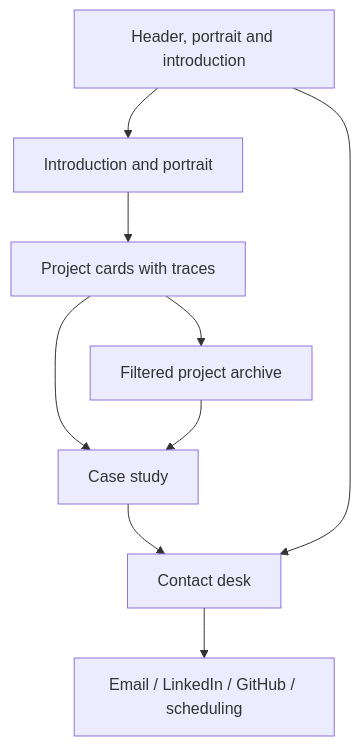
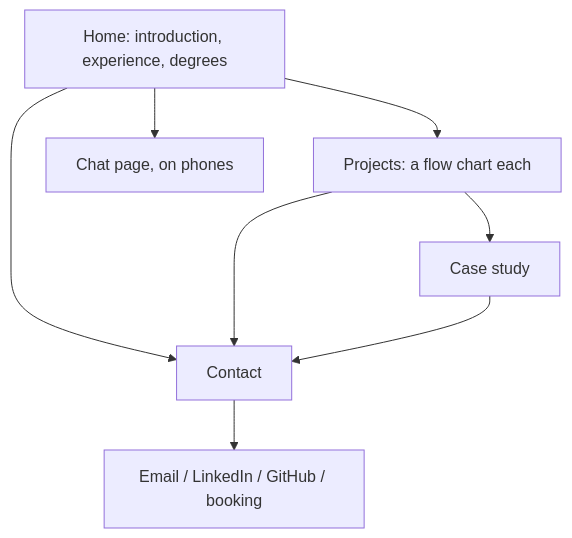
Before and after one commit to y-bakshi/portfolio: the diagram in docs/design/ui-flow.md, drawn with Mermaid. The commit also changed other lines of this file and 21 other files, not shown here.

````diff
--- a/docs/design/ui-flow.md
+++ b/docs/design/ui-flow.md
@@ -5,11 +5,10 @@
 ```mermaid
 flowchart TD
-  Home[Header, portrait and introduction] --> About[Introduction and portrait]
-  About --> Featured[Project cards with traces]
-  Featured --> Archive[Filtered project archive]
-  Featured --> Case[Case study]
-  Archive --> Case
-  Case --> Contact[Contact desk]
-  Home --> Contact
-  Contact --> Choices[Email / LinkedIn / GitHub / scheduling]
+  Home[Home: introduction, experience, degrees] --> Projects[Projects: a flow chart each]
+  Projects --> Case[Case study]
+  Home --> Contact[Contact]
+  Projects --> Contact
+  Case --> Contact
+  Contact --> Choices[Email / LinkedIn / GitHub / booking]
+  Home --> Chat[Chat page, on phones]
 ```
````
